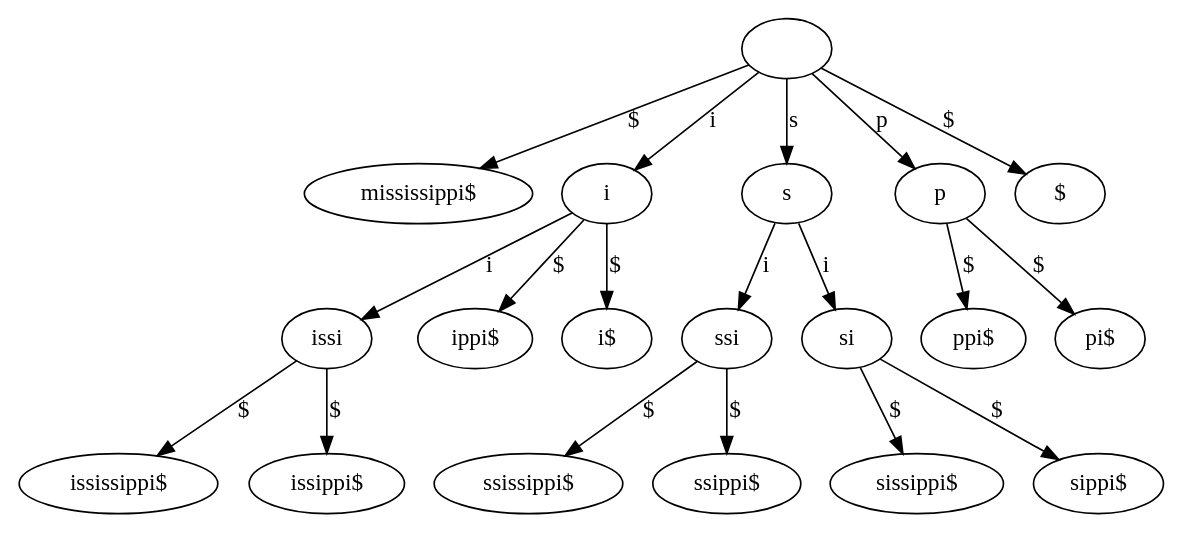
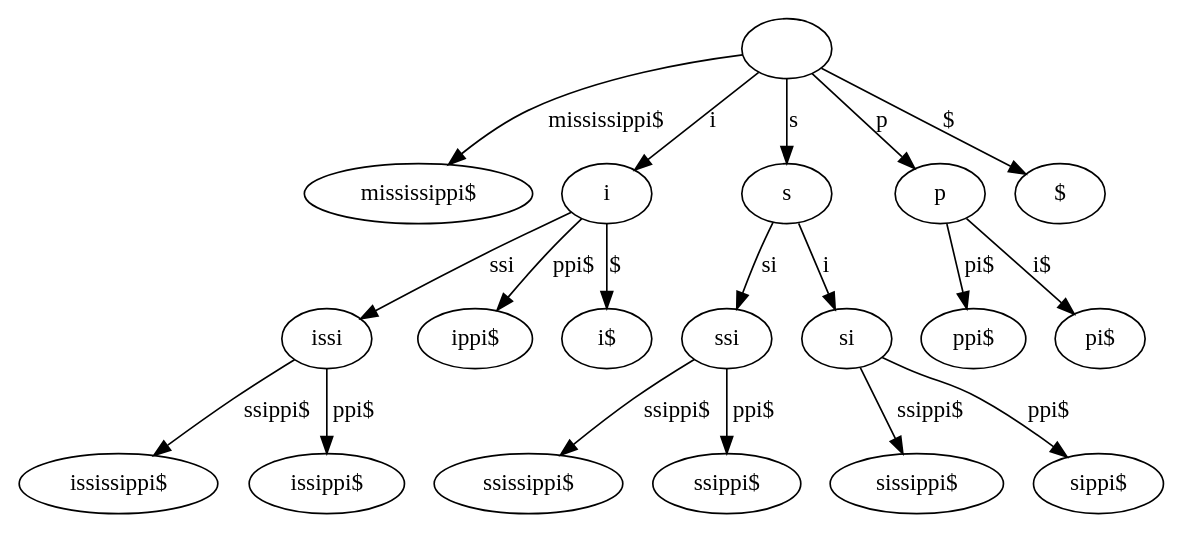
The diagram in project_7_suffix_trees/test-output/suffix tree.gv (cmkobel/AiB), drawn with Graphviz before and after one commit. The commit also changed 2 other files, not shown here.

```diff
--- a/project_7_suffix_trees/test-output/suffix tree.gv
+++ b/project_7_suffix_trees/test-output/suffix tree.gv
@@ -1,40 +1,40 @@
 // Suffix tree
 digraph {
 	"|" [label=""]
-	"$|mississippi$" [label="mississippi$"]
-	"|" -> "$|mississippi$" [label="$"]
+	"mississippi$|mississippi$" [label="mississippi$"]
+	"|" -> "mississippi$|mississippi$" [label="mississippi$"]
 	"i|i" [label=i]
-	"i|issi" [label=issi]
-	"$|ississippi$" [label="ississippi$"]
-	"i|issi" -> "$|ississippi$" [label="$"]
-	"$|issippi$" [label="issippi$"]
-	"i|issi" -> "$|issippi$" [label="$"]
-	"i|i" -> "i|issi" [label=i]
-	"$|ippi$" [label="ippi$"]
-	"i|i" -> "$|ippi$" [label="$"]
+	"ssi|issi" [label=issi]
+	"ssippi$|ississippi$" [label="ississippi$"]
+	"ssi|issi" -> "ssippi$|ississippi$" [label="ssippi$"]
+	"ppi$|issippi$" [label="issippi$"]
+	"ssi|issi" -> "ppi$|issippi$" [label="ppi$"]
+	"i|i" -> "ssi|issi" [label=ssi]
+	"ppi$|ippi$" [label="ippi$"]
+	"i|i" -> "ppi$|ippi$" [label="ppi$"]
 	"$|i$" [label="i$"]
 	"i|i" -> "$|i$" [label="$"]
 	"|" -> "i|i" [label=i]
 	"s|s" [label=s]
-	"i|ssi" [label=ssi]
-	"$|ssissippi$" [label="ssissippi$"]
-	"i|ssi" -> "$|ssissippi$" [label="$"]
-	"$|ssippi$" [label="ssippi$"]
-	"i|ssi" -> "$|ssippi$" [label="$"]
-	"s|s" -> "i|ssi" [label=i]
+	"si|ssi" [label=ssi]
+	"ssippi$|ssissippi$" [label="ssissippi$"]
+	"si|ssi" -> "ssippi$|ssissippi$" [label="ssippi$"]
+	"ppi$|ssippi$" [label="ssippi$"]
+	"si|ssi" -> "ppi$|ssippi$" [label="ppi$"]
+	"s|s" -> "si|ssi" [label=si]
 	"i|si" [label=si]
-	"$|sissippi$" [label="sissippi$"]
-	"i|si" -> "$|sissippi$" [label="$"]
-	"$|sippi$" [label="sippi$"]
-	"i|si" -> "$|sippi$" [label="$"]
+	"ssippi$|sissippi$" [label="sissippi$"]
+	"i|si" -> "ssippi$|sissippi$" [label="ssippi$"]
+	"ppi$|sippi$" [label="sippi$"]
+	"i|si" -> "ppi$|sippi$" [label="ppi$"]
 	"s|s" -> "i|si" [label=i]
 	"|" -> "s|s" [label=s]
 	"p|p" [label=p]
-	"$|ppi$" [label="ppi$"]
-	"p|p" -> "$|ppi$" [label="$"]
-	"$|pi$" [label="pi$"]
-	"p|p" -> "$|pi$" [label="$"]
+	"pi$|ppi$" [label="ppi$"]
+	"p|p" -> "pi$|ppi$" [label="pi$"]
+	"i$|pi$" [label="pi$"]
+	"p|p" -> "i$|pi$" [label="i$"]
 	"|" -> "p|p" [label=p]
 	"$|$" [label="$"]
 	"|" -> "$|$" [label="$"]
 }
```
